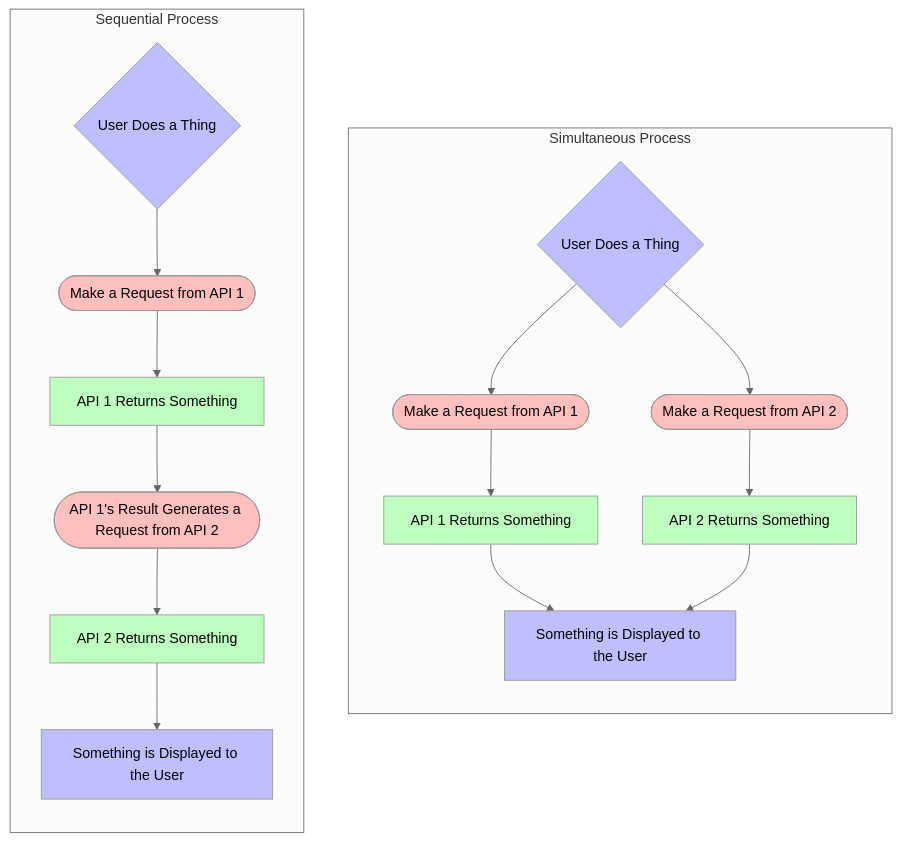
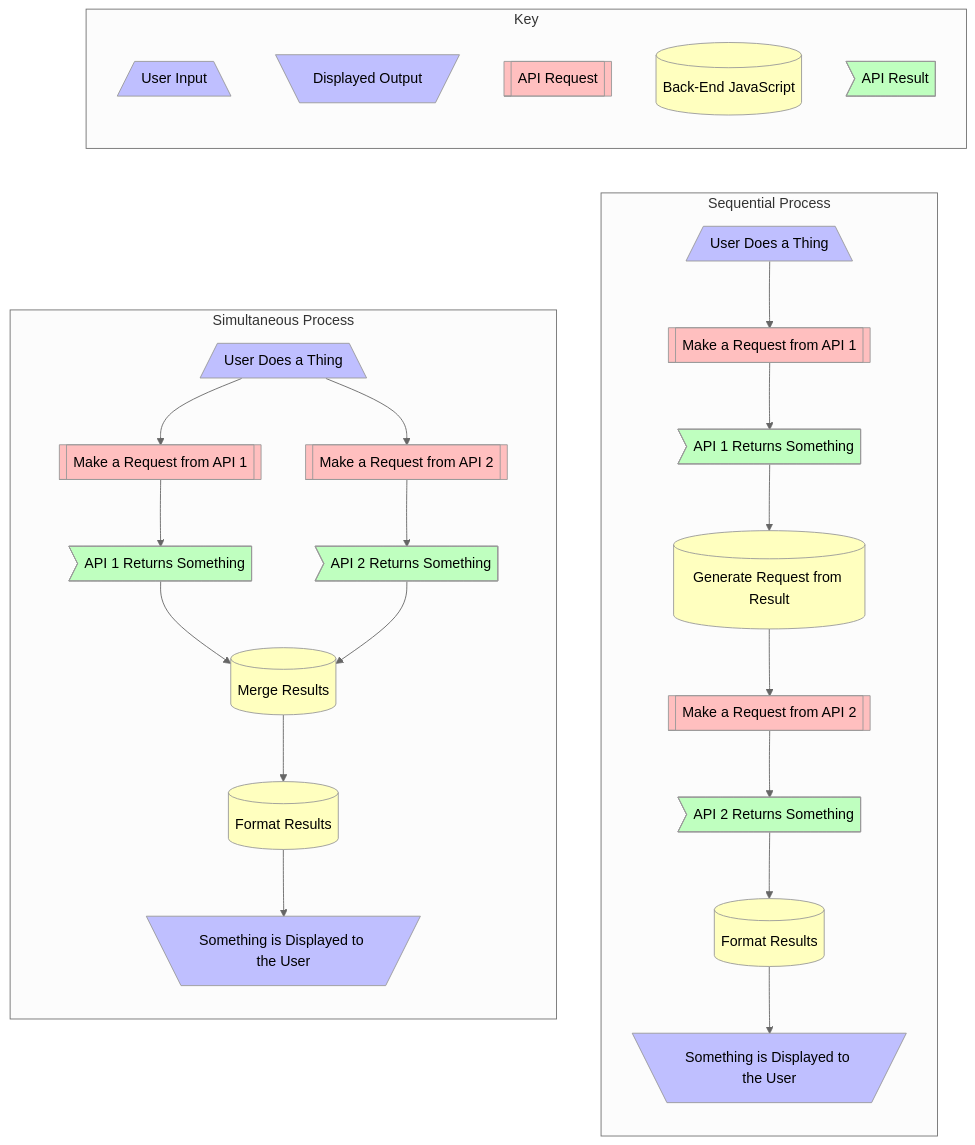
Before and after one commit to FAC29A/seriousTranslationTool: the diagram in README.md, drawn with Mermaid (neutral theme).

````diff
--- a/README.md
+++ b/README.md
@@ -17,38 +17,58 @@
 ```mermaid
 graph TB
+subgraph key["Key"]
+direction TB
+	userInput[/"User Input"\]:::userInput
+	userOutput[\"Displayed Output"/]:::userOutput
+	codeInput[["API Request"]]:::codeInput
+	codeFormat[("Back-End JavaScript")]:::codeFormat
+	codeOutput>"API Result"]:::codeOutput
+end
+
+key ~~~ processA & processB
+
 subgraph processA["Simultaneous Process"]
 direction TB
-	inputA{"User Does a Thing"}:::userInput
-	requestA1(["Make a Request from API 1"]):::codeInput
-	resultA1["API 1 Returns Something"]:::codeOutput
-	requestA2(["Make a Request from API 2"]):::codeInput
-	resultA2["API 2 Returns Something"]:::codeOutput
-	outputA["Something is Displayed to the User"]:::userOutput
+	inputA[/"User Does a Thing"\]:::userInput
+	requestA1[["Make a Request from API 1"]]:::codeInput
+	resultA1>"API 1 Returns Something"]:::codeOutput
+	requestA2[["Make a Request from API 2"]]:::codeInput
+	resultA2>"API 2 Returns Something"]:::codeOutput
+	mergeA[("Merge Results")]:::codeFormat
+	formatA[("Format Results")]:::codeFormat
+	outputA[\"Something is Displayed to the User"/]:::userOutput
 	
 	inputA --> requestA1 & requestA2
 	requestA1 --> resultA1
 	requestA2 --> resultA2
-	resultA1 & resultA2 --> outputA
+	resultA1 & resultA2 --> mergeA
+	mergeA --> formatA
+	formatA --> outputA
 end
 
 subgraph processB["Sequential Process"]
 direction TB
-	inputB{"User Does a Thing"}:::userInput
-	requestB1(["Make a Request from API 1"]):::codeInput
-	resultB1["API 1 Returns Something"]:::codeOutput
-	requestB2(["API 1's Result Generates a Request from API 2"]):::codeInput
-	resultB2["API 2 Returns Something"]:::codeOutput
-	outputB["Something is Displayed to the User"]:::userOutput
+	inputB[/"User Does a Thing"\]:::userInput
+	requestB1[["Make a Request from API 1"]]:::codeInput
+	resultB1>"API 1 Returns Something"]:::codeOutput
+	generateB2[("Generate Request from Result")]:::codeFormat
+	requestB2[["Make a Request from API 2"]]:::codeInput
+	resultB2>"API 2 Returns Something"]:::codeOutput
+	formatB[("Format Results")]:::codeFormat
+	outputB[\"Something is Displayed to the User"/]:::userOutput
 	
 	inputB --> requestB1
 	requestB1 --> resultB1
-	resultB1 --> requestB2
+	resultB1 --> generateB2
+	generateB2 --> requestB2
 	requestB2 --> resultB2
-	resultB2 --> outputB
+	resultB2 --> formatB
+	formatB --> outputB
 end
 
 classDef userInput fill:#bfbfff
 classDef userOutput fill:#bfbfff
 classDef codeInput fill:#ffbfbf
+classDef codeFormat fill:#ffffbf
 classDef codeOutput fill:#bfffbf
 ```
````
